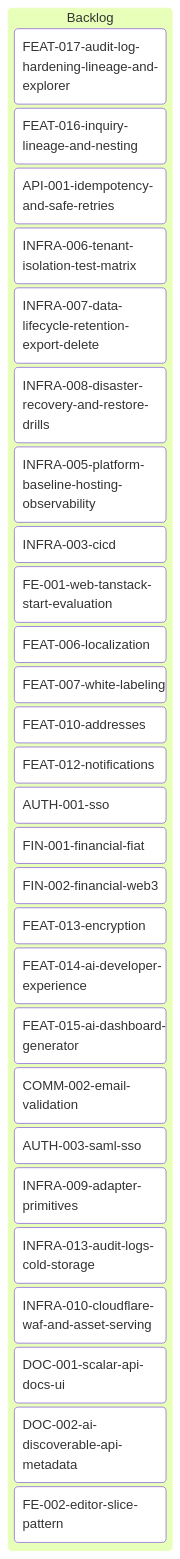
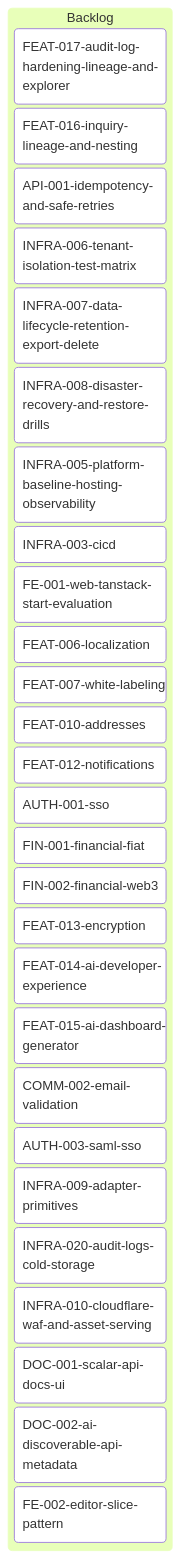
Before and after one commit to inixiative/template: the diagram in tickets/kanban-backlog.md, drawn with Mermaid. The commit also changed other lines of this file and 12 other files, not shown here.

````diff
--- a/tickets/kanban-backlog.md
+++ b/tickets/kanban-backlog.md
@@ -3,36 +3,36 @@
 ```mermaid
 ---
 config:
   kanban:
     ticketBaseUrl: 'https://github.com/yourorg/template/blob/main/tickets/#TICKET#'
 ---
 kanban
   Backlog
     FEAT-017-audit-log-hardening-lineage-and-explorer
     FEAT-016-inquiry-lineage-and-nesting
     API-001-idempotency-and-safe-retries
     INFRA-006-tenant-isolation-test-matrix
     INFRA-007-data-lifecycle-retention-export-delete
     INFRA-008-disaster-recovery-and-restore-drills
     INFRA-005-platform-baseline-hosting-observability
     INFRA-003-cicd
     FE-001-web-tanstack-start-evaluation
     FEAT-006-localization
     FEAT-007-white-labeling
     FEAT-010-addresses
     FEAT-012-notifications
     AUTH-001-sso
     FIN-001-financial-fiat
     FIN-002-financial-web3
     FEAT-013-encryption
     FEAT-014-ai-developer-experience
     FEAT-015-ai-dashboard-generator
     COMM-002-email-validation
     AUTH-003-saml-sso
     INFRA-009-adapter-primitives
-    INFRA-013-audit-logs-cold-storage
+    INFRA-020-audit-logs-cold-storage
     INFRA-010-cloudflare-waf-and-asset-serving
     DOC-001-scalar-api-docs-ui
     DOC-002-ai-discoverable-api-metadata
     FE-002-editor-slice-pattern
 ```
````
